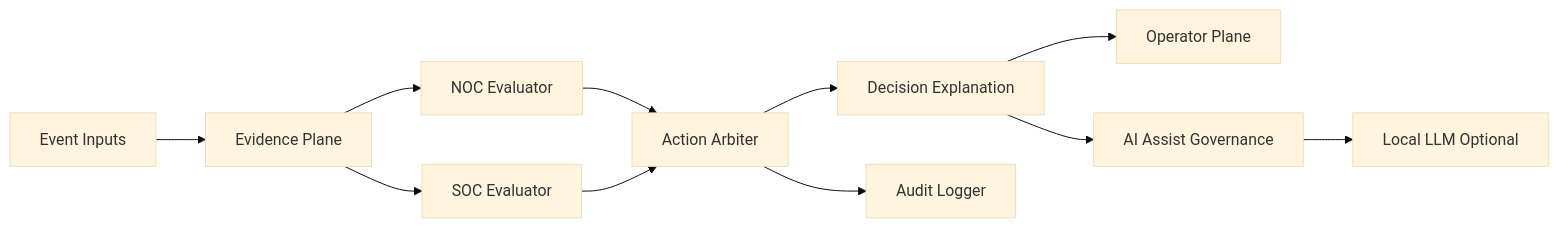
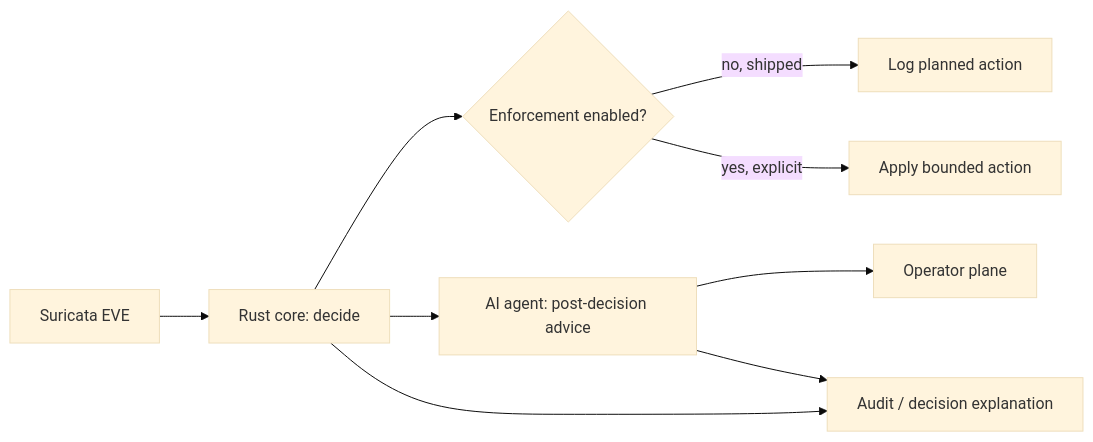
The diagram in README.md (01rabbit/Azazel-Edge), drawn with Mermaid (base theme) before and after one commit. The commit also changed other lines of this file, not shown here.

Commit message:
docs: clarify Edge decision path and safe verification

````diff
--- a/README.md
+++ b/README.md
@@ -72,13 +125,11 @@
 ```mermaid
 flowchart LR
-    E[Event Inputs] --> P[Evidence Plane]
-    P --> N[NOC Evaluator]
-    P --> S[SOC Evaluator]
-    N --> A[Action Arbiter]
-    S --> A
-    A --> X[Decision Explanation]
-    X --> O[Operator Plane]
-    X --> G[AI Assist Governance]
-    G --> L[Local LLM Optional]
-    A --> U[Audit Logger]
+    E[Suricata EVE] --> C[Rust core: decide]
+    C --> V{Enforcement enabled?}
+    V -- no, shipped --> L[Log planned action]
+    V -- yes, explicit --> N[Apply bounded action]
+    C --> AI[AI agent: post-decision advice]
+    AI --> O[Operator plane]
+    C --> A[Audit / decision explanation]
+    AI --> A
 ```
````
